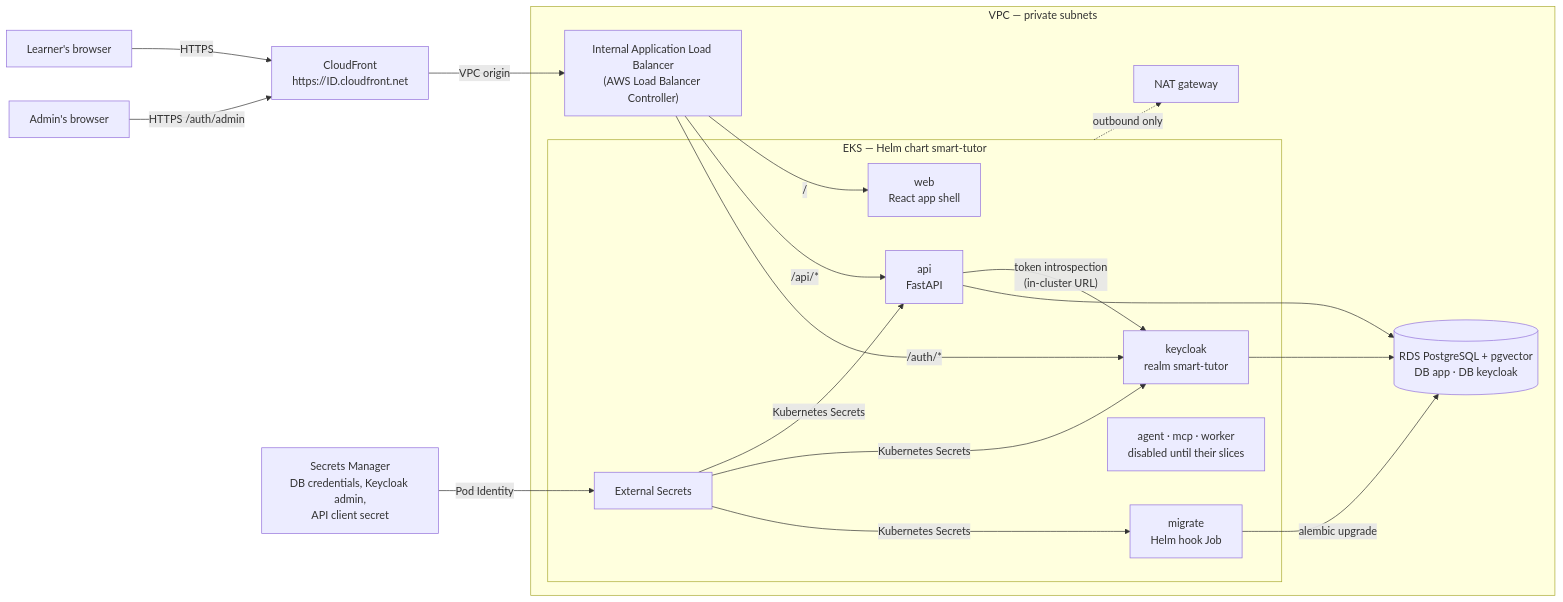
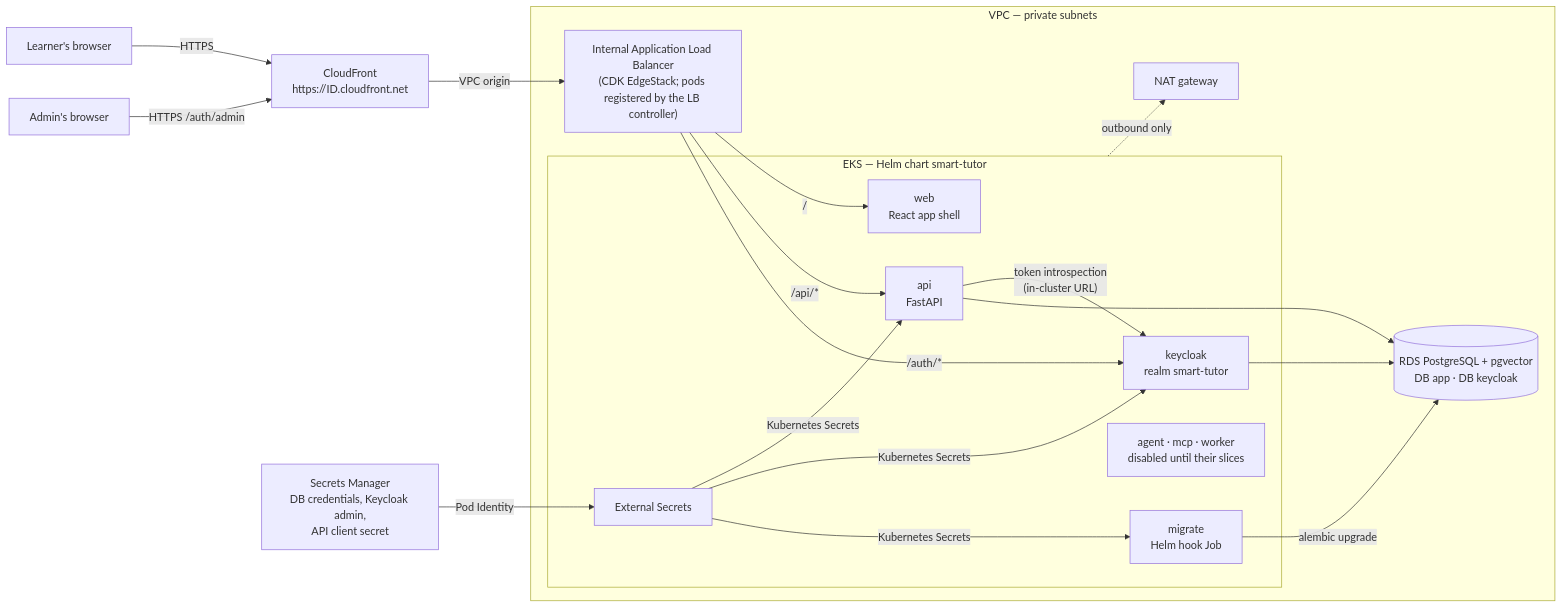
Before and after one commit to konica/agent-tutor: the third of 5 diagrams in docs/runbooks/pilot-environment-overview.md, drawn with Mermaid. The commit also changed other lines of this file and 7 other files, not shown here.

````diff
--- a/docs/runbooks/pilot-environment-overview.md
+++ b/docs/runbooks/pilot-environment-overview.md
@@ -72,32 +72,32 @@
 ```mermaid
 flowchart LR
   U["Learner's browser"] -->|"HTTPS"| CF["CloudFront<br/>https://ID.cloudfront.net"]
   ADM["Admin's browser"] -->|"HTTPS /auth/admin"| CF
 
   subgraph VPC["VPC — private subnets"]
-    ALB["Internal Application Load Balancer<br/>(AWS Load Balancer Controller)"]
+    ALB["Internal Application Load Balancer<br/>(CDK EdgeStack; pods registered by the LB controller)"]
     subgraph K8S["EKS — Helm chart smart-tutor"]
       WEB["web<br/>React app shell"]
       API["api<br/>FastAPI"]
       KC["keycloak<br/>realm smart-tutor"]
       MIG["migrate<br/>Helm hook Job"]
       ESO["External Secrets"]
       LATER["agent · mcp · worker<br/>disabled until their slices"]
     end
     RDS[("RDS PostgreSQL + pgvector<br/>DB app · DB keycloak")]
     NAT["NAT gateway"]
   end
 
   SM["Secrets Manager<br/>DB credentials, Keycloak admin,<br/>API client secret"]
 
   CF -->|"VPC origin"| ALB
   ALB -->|"/"| WEB
   ALB -->|"/api/*"| API
   ALB -->|"/auth/*"| KC
   API -->|"token introspection<br/>(in-cluster URL)"| KC
   API --> RDS
   MIG -->|"alembic upgrade"| RDS
   KC --> RDS
   SM -->|"Pod Identity"| ESO -->|"Kubernetes Secrets"| API & KC & MIG
   K8S -.->|"outbound only"| NAT
 ```
````
